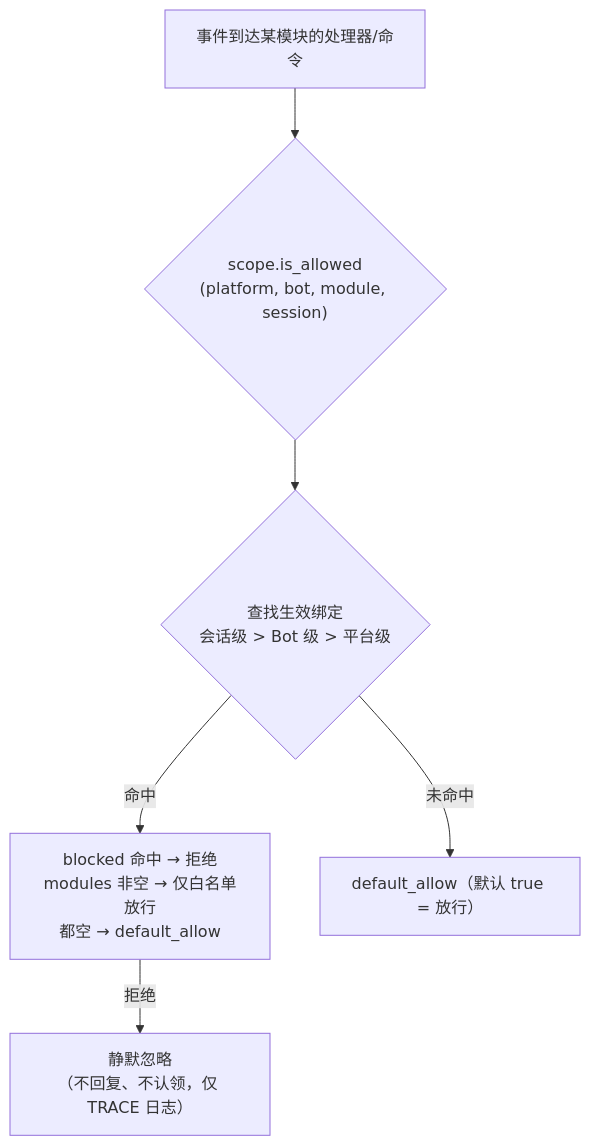
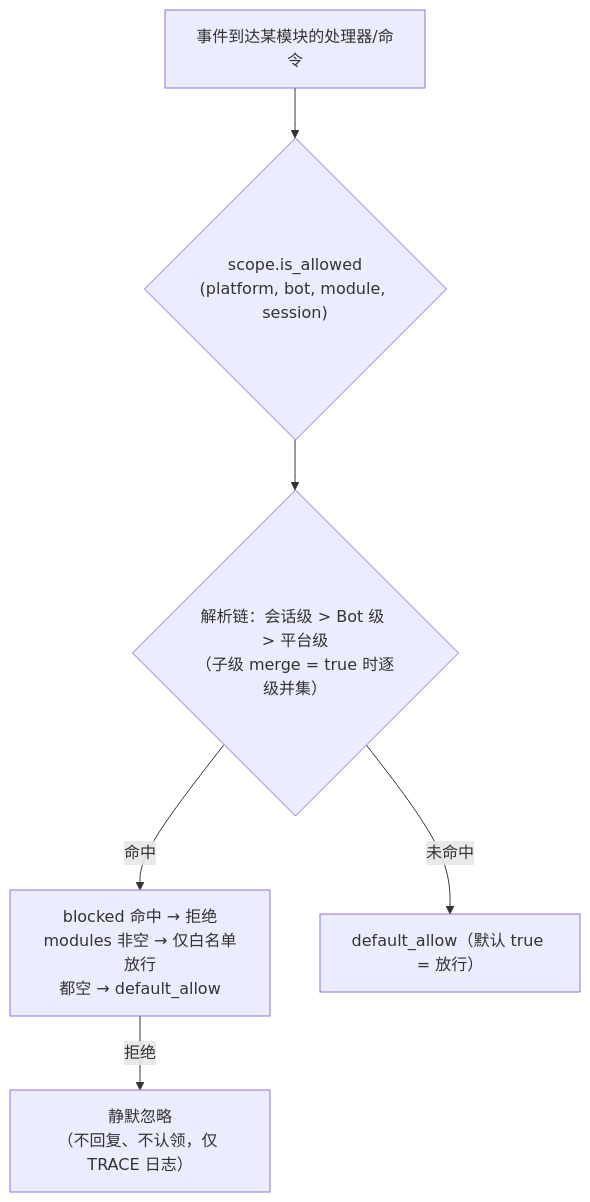
One commit to ErisPulse/ErisPulse changed the diagram in docs/zh-CN/advanced/scope.md. Above: the diagram before and after it, drawn with Mermaid. The commit also changed other lines of this file and 12 other files, not shown here.

````diff
--- a/docs/zh-CN/advanced/scope.md
+++ b/docs/zh-CN/advanced/scope.md
@@ -120,8 +104,8 @@
 ```mermaid
 flowchart TD
     A["事件到达某模块的处理器/命令"] --> B{"scope.is_allowed<br/>(platform, bot, module, session)"}
-    B --> C{"查找生效绑定<br/>会话级 > Bot 级 > 平台级"}
+    B --> C{"解析链：会话级 > Bot 级 > 平台级<br/>（子级 merge = true 时逐级并集）"}
     C -->|"命中"| D["blocked 命中 → 拒绝<br/>modules 非空 → 仅白名单放行<br/>都空 → default_allow"]
     C -->|"未命中"| E["default_allow（默认 true = 放行）"]
     D -->|"拒绝"| Z["静默忽略<br/>（不回复、不认领，仅 TRACE 日志）"]
 ```
````
